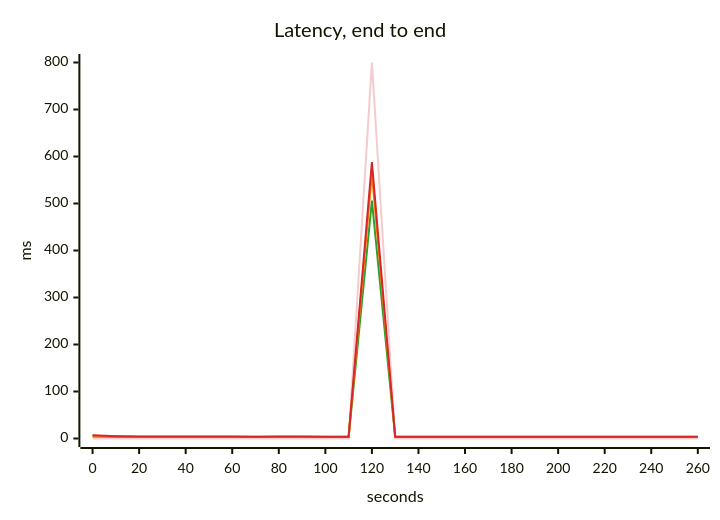
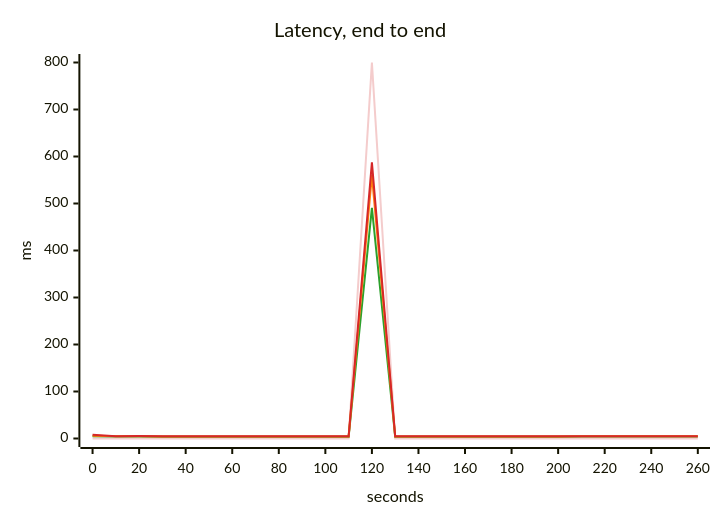
One commit to akinfemi/load-lore changed the third of 5 diagrams in scenarios/slow-dependency/solutions/fewer-retries/report.md. Above: the diagram before and after it, drawn with Mermaid. The commit also changed other lines of this file and 71 other files, not shown here.

````diff
--- a/scenarios/slow-dependency/solutions/fewer-retries/report.md
+++ b/scenarios/slow-dependency/solutions/fewer-retries/report.md
@@ -55,17 +55,17 @@
 ```mermaid
 ---
 config:
   themeVariables:
     xyChart:
       backgroundColor: "transparent"
       plotColorPalette: "#f4cccc, #2ca02c, #ff7f0e, #d62728"
 ---
 xychart-beta
     title "Latency, end to end"
     x-axis "seconds" 0 --> 260
     y-axis "ms" 0 --> 800
     line [0, 0, 0, 0, 0, 0, 0, 0, 0, 0, 0, 0, 800, 0, 0, 0, 0, 0, 0, 0, 0, 0, 0, 0, 0, 0, 0]
-    line [4.125, 3.512, 3.351, 3.244, 3.17, 3.129, 3.143, 3.143, 3.129, 3.13, 3.133, 3.135, 506.185, 3.146, 3.137, 3.141, 3.142, 3.132, 3.139, 3.131, 3.147, 3.157, 3.145, 3.14, 3.155, 3.129, 3.147]
-    line [5.843, 4.338, 3.874, 3.823, 3.696, 3.643, 3.591, 3.576, 3.631, 3.603, 3.593, 3.579, 563.384, 3.641, 3.573, 3.577, 3.578, 3.575, 3.58, 3.581, 3.621, 3.646, 3.64, 3.624, 3.652, 3.626, 3.621]
-    line [7.149, 4.949, 4.234, 4.413, 4.036, 3.999, 4.124, 3.884, 4.068, 4.083, 3.906, 3.906, 588.36, 3.875, 3.866, 3.869, 3.861, 3.877, 3.89, 3.881, 3.892, 3.886, 3.882, 3.866, 3.894, 3.893, 3.901]
+    line [4.563, 4.073, 4.012, 3.923, 3.896, 3.902, 3.88, 3.88, 3.87, 3.879, 3.898, 3.867, 490.778, 3.85, 3.855, 3.888, 3.876, 3.88, 3.867, 3.876, 3.945, 4.046, 4.05, 4.036, 4.033, 4.032, 4.043]
+    line [5.664, 4.6, 4.571, 4.462, 4.472, 4.463, 4.353, 4.434, 4.393, 4.443, 4.441, 4.417, 560.333, 4.305, 4.362, 4.403, 4.356, 4.346, 4.372, 4.391, 4.514, 4.567, 4.575, 4.566, 4.562, 4.552, 4.558]
+    line [7.787, 5.008, 5.225, 4.628, 4.817, 4.636, 4.631, 4.638, 4.687, 4.633, 4.718, 4.642, 587.749, 4.589, 4.612, 4.614, 4.608, 4.592, 4.603, 4.609, 4.708, 4.708, 4.778, 4.806, 4.755, 4.726, 4.642]
 ```
````
